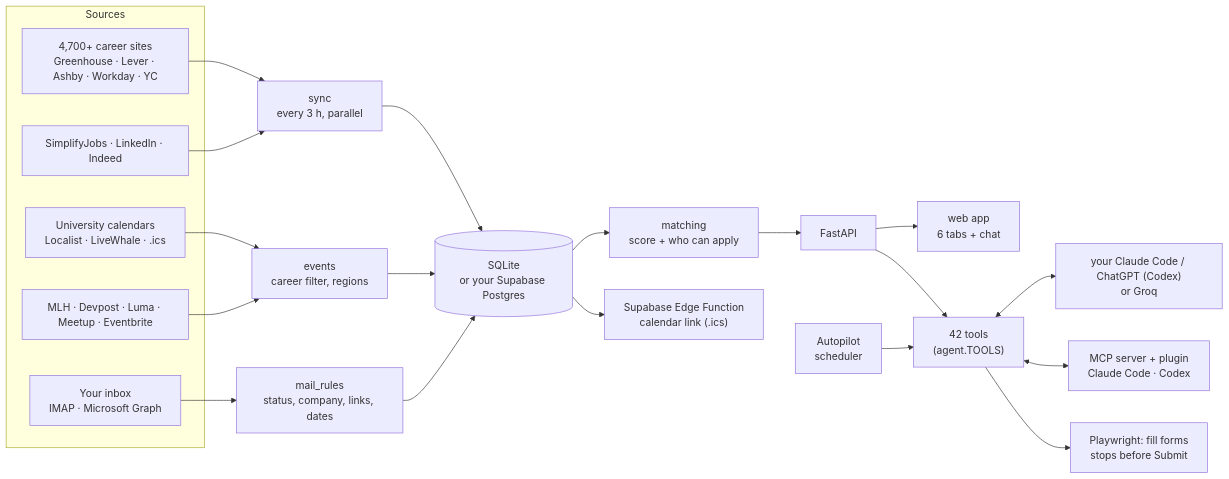
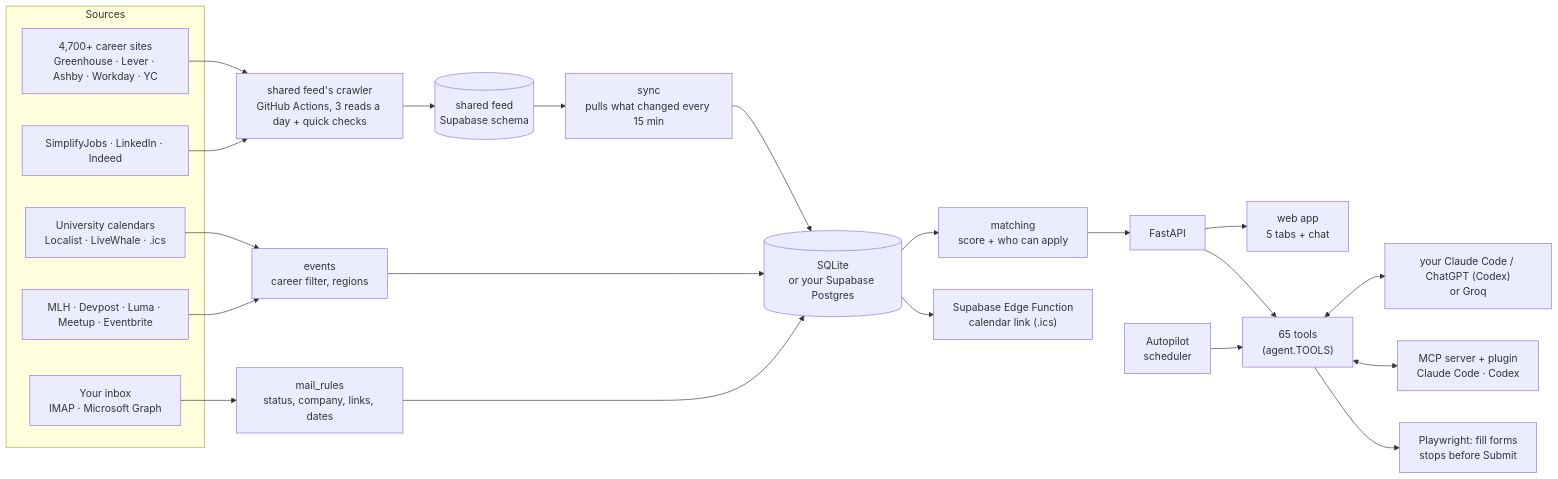
Before and after one commit to gkhurana21/co-op-coach: the diagram in README.md, drawn with Mermaid. The commit also changed other lines of this file and 236 other files, not shown here.

````diff
--- a/README.md
+++ b/README.md
@@ -38,23 +50,25 @@
 ```mermaid
 flowchart LR
   subgraph Sources
     ATS["4,700+ career sites<br/>Greenhouse · Lever · Ashby · Workday · YC"]
     LIST["SimplifyJobs · LinkedIn · Indeed"]
     CAL["University calendars<br/>Localist · LiveWhale · .ics"]
     HACK["MLH · Devpost · Luma · Meetup · Eventbrite"]
     MAIL["Your inbox<br/>IMAP · Microsoft Graph"]
   end
-  ATS & LIST --> SYNC["sync<br/>every 3 h, parallel"]
+  ATS & LIST --> CRAWL["shared feed's crawler<br/>GitHub Actions, 3 reads a day + quick checks"]
+  CRAWL --> FEED[("shared feed<br/>Supabase schema")]
+  FEED --> SYNC["sync<br/>pulls what changed every 15 min"]
   CAL & HACK --> EV["events<br/>career filter, regions"]
   MAIL --> RULES["mail_rules<br/>status, company, links, dates"]
   SYNC & EV & RULES --> DB[("SQLite<br/>or your Supabase Postgres")]
   DB --> MATCH["matching<br/>score + who can apply"]
   MATCH --> API["FastAPI"]
-  API --> UI["web app<br/>6 tabs + chat"]
-  API --> TOOLS["42 tools<br/>(agent.TOOLS)"]
+  API --> UI["web app<br/>5 tabs + chat"]
+  API --> TOOLS["65 tools<br/>(agent.TOOLS)"]
   TOOLS <--> AI["your Claude Code / ChatGPT (Codex)<br/>or Groq"]
   TOOLS <--> MCP["MCP server + plugin<br/>Claude Code · Codex"]
   AUTO["Autopilot<br/>scheduler"] --> TOOLS
   DB --> FN["Supabase Edge Function<br/>calendar link (.ics)"]
   TOOLS --> FILL["Playwright: fill forms<br/>stops before Submit"]
 ```
````
